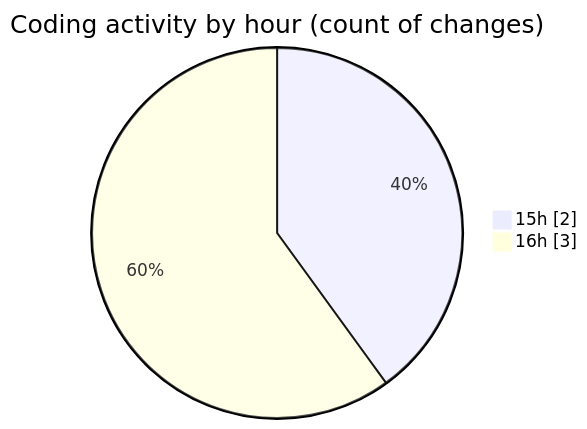
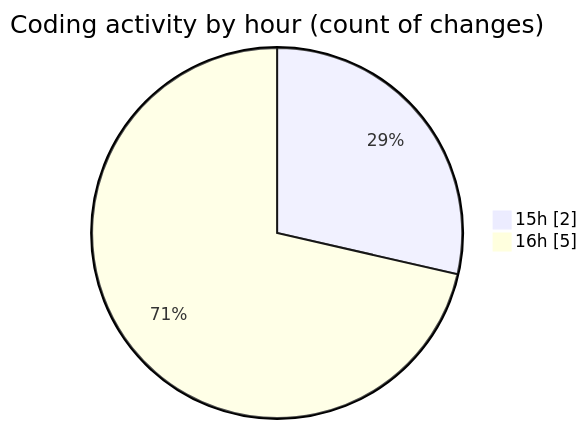
Before and after one commit to momahboobian/code-tracking: the second of 2 diagrams in 2026-04-21/ise-web-ofcom/README.md, drawn with Mermaid. The commit also changed other lines of this file and 1 other file, not shown here.

````diff
--- a/2026-04-21/ise-web-ofcom/README.md
+++ b/2026-04-21/ise-web-ofcom/README.md
@@ -31,6 +32,6 @@
 ```mermaid
 pie showData
 title Coding activity by hour (count of changes)
 "15h" : 2
-"16h" : 3
+"16h" : 5
 ```
````
